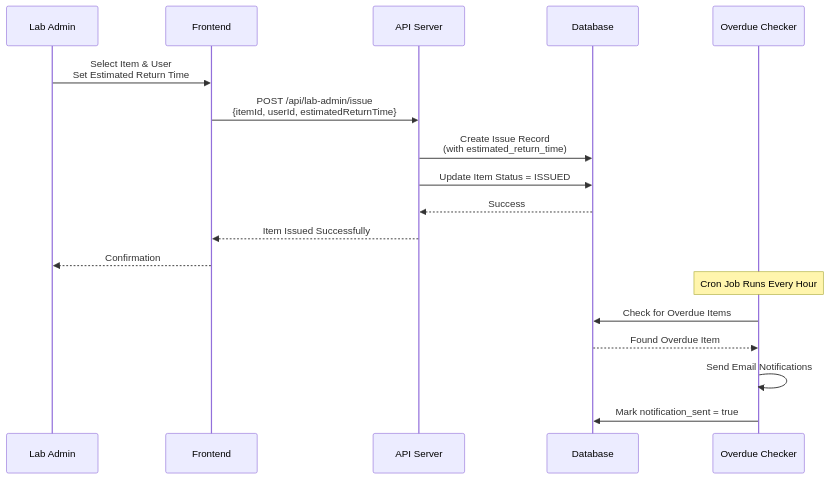
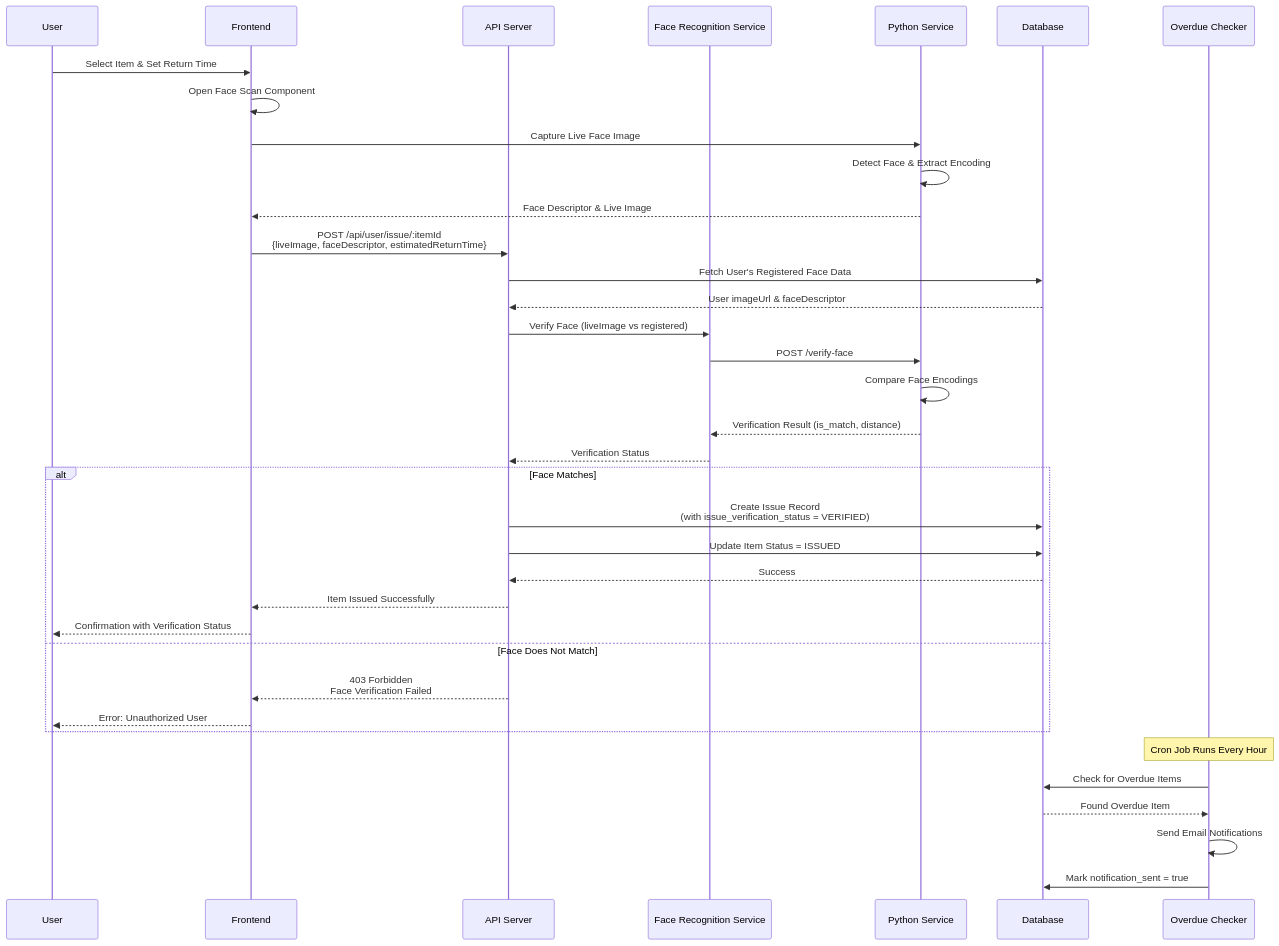
Before and after one commit to bejoy-jbt/Laboratory-Items-Issue-Management-System-: the tenth of 18 diagrams in docs/DIAGRAMS.md, drawn with Mermaid. The commit also changed other lines of this file and 65 other files, not shown here.

````diff
--- a/docs/DIAGRAMS.md
+++ b/docs/DIAGRAMS.md
@@ -546,22 +590,40 @@
 ```mermaid
 sequenceDiagram
-    participant LA as Lab Admin
+    participant U as User
     participant FE as Frontend
     participant API as API Server
+    participant FR as Face Recognition Service
+    participant PY as Python Service
     participant DB as Database
     participant OC as Overdue Checker
     
-    LA->>FE: Select Item & User<br/>Set Estimated Return Time
-    FE->>API: POST /api/lab-admin/issue<br/>{itemId, userId, estimatedReturnTime}
-    API->>DB: Create Issue Record<br/>(with estimated_return_time)
-    API->>DB: Update Item Status = ISSUED
-    DB-->>API: Success
-    API-->>FE: Item Issued Successfully
-    FE-->>LA: Confirmation
+    U->>FE: Select Item & Set Return Time
+    FE->>FE: Open Face Scan Component
+    FE->>PY: Capture Live Face Image
+    PY->>PY: Detect Face & Extract Encoding
+    PY-->>FE: Face Descriptor & Live Image
+    FE->>API: POST /api/user/issue/:itemId<br/>{liveImage, faceDescriptor, estimatedReturnTime}
+    API->>DB: Fetch User's Registered Face Data
+    DB-->>API: User imageUrl & faceDescriptor
+    API->>FR: Verify Face (liveImage vs registered)
+    FR->>PY: POST /verify-face
+    PY->>PY: Compare Face Encodings
+    PY-->>FR: Verification Result (is_match, distance)
+    FR-->>API: Verification Status
+    alt Face Matches
+        API->>DB: Create Issue Record<br/>(with issue_verification_status = VERIFIED)
+        API->>DB: Update Item Status = ISSUED
+        DB-->>API: Success
+        API-->>FE: Item Issued Successfully
+        FE-->>U: Confirmation with Verification Status
+    else Face Does Not Match
+        API-->>FE: 403 Forbidden<br/>Face Verification Failed
+        FE-->>U: Error: Unauthorized User
+    end
     
     Note over OC: Cron Job Runs Every Hour
     OC->>DB: Check for Overdue Items
     DB-->>OC: Found Overdue Item
     OC->>OC: Send Email Notifications
     OC->>DB: Mark notification_sent = true
 ```
````
